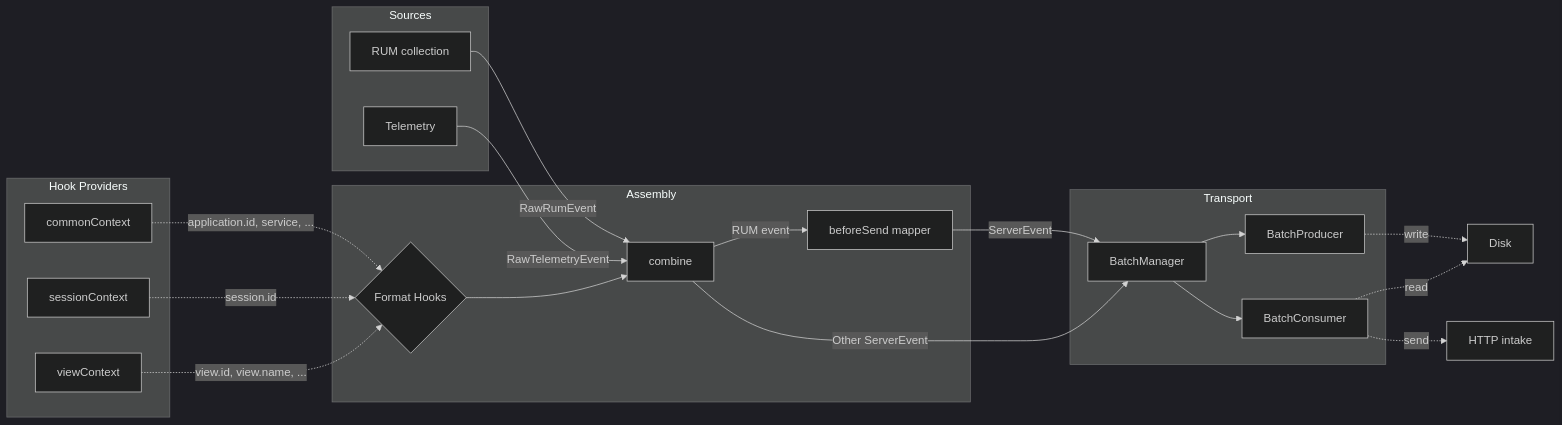
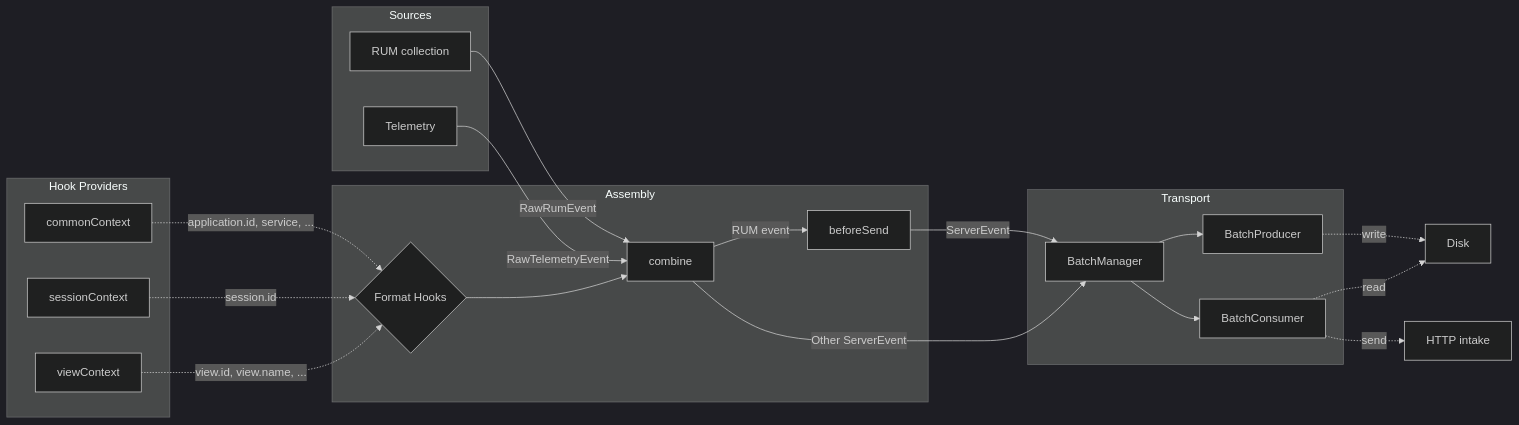
Before and after one commit to DataDog/electron-sdk: the second of 2 diagrams in docs/ARCHITECTURE.md, drawn with Mermaid (dark theme). The commit also changed other lines of this file and 11 other files, not shown here.

Commit message:
♻️ refine beforeSend handling

````diff
--- a/docs/ARCHITECTURE.md
+++ b/docs/ARCHITECTURE.md
@@ -59,40 +59,40 @@
 ```mermaid
 flowchart LR
     subgraph Sources
         RUM[RUM collection]
         TEL[Telemetry]
     end
 
     subgraph Assembly
         HOOKS{Format Hooks}
         COMBINE[combine]
-        MAPPER[beforeSend mapper]
+        BEFORE_SEND[beforeSend]
     end
 
     subgraph "Hook Providers"
         CC[commonContext]
         SC[sessionContext]
         VC[viewContext]
     end
 
     subgraph Transport
         BM[BatchManager]
         BP[BatchProducer]
         BC[BatchConsumer]
     end
 
     RUM -- RawRumEvent --> COMBINE
     TEL -- RawTelemetryEvent --> COMBINE
     CC -. "application.id, service, ..." .-> HOOKS
     SC -. "session.id" .-> HOOKS
     VC -. "view.id, view.name, ..." .-> HOOKS
     HOOKS --> COMBINE
-    COMBINE -- RUM event --> MAPPER
-    MAPPER -- ServerEvent --> BM
+    COMBINE -- RUM event --> BEFORE_SEND
+    BEFORE_SEND -- ServerEvent --> BM
     COMBINE -- Other ServerEvent --> BM
     BM --> BP
     BM --> BC
     BP -. "write" .-> DISK[Disk]
     BC -. "read" .-> DISK[Disk]
     BC -. "send" .-> INT[HTTP intake]
 ```
````
